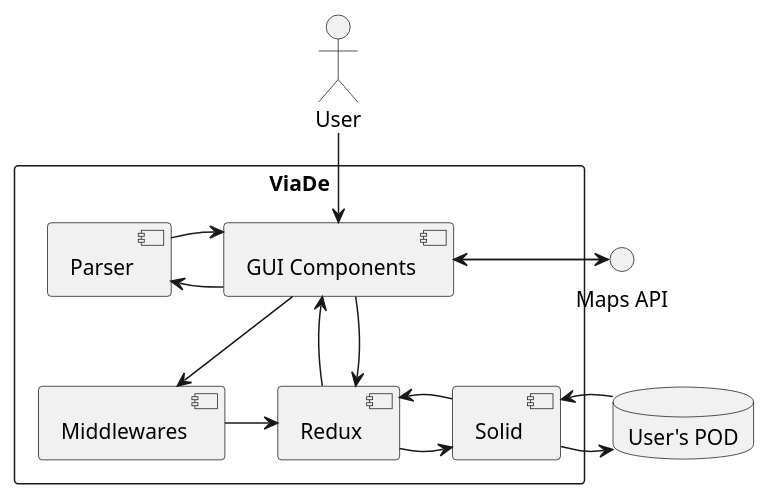
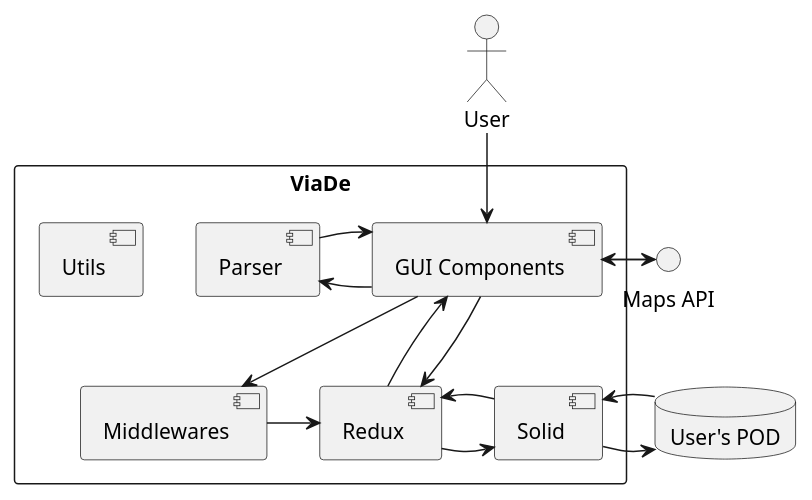
One commit to Arquisoft/viade_en1b changed the diagram in src/docs/diagrams/05-01_whiteboxOverallSystem.puml. Above: the diagram before and after it, drawn with PlantUML. The commit also changed 2 other files, not shown here.

Commit message:
Building block diagrams updated

```diff
--- a/src/docs/diagrams/05-01_whiteboxOverallSystem.puml
+++ b/src/docs/diagrams/05-01_whiteboxOverallSystem.puml
@@ -1,42 +1,43 @@
 @startuml
 
 rectangle ViaDe {
     [GUI Components] as react
     [Parser] as parser 
     [Middlewares] as middlewares
     [Redux] as store 
     [Solid] as solid
+    [Utils]
 }
 
 database "User's POD" as pod
 
 () "Maps API" as imaps
 
 :User: --> react
 
 react <-- store
 react --> store
 
 react --> middlewares
 
 parser <- react
 parser -> react
 
 middlewares -> store
 
 store -> solid
 store <- solid
 
 solid -> pod
 solid <- pod
 
 react -> imaps
 imaps -> react
 
 
 
 
 
 
 
 @enduml
```
